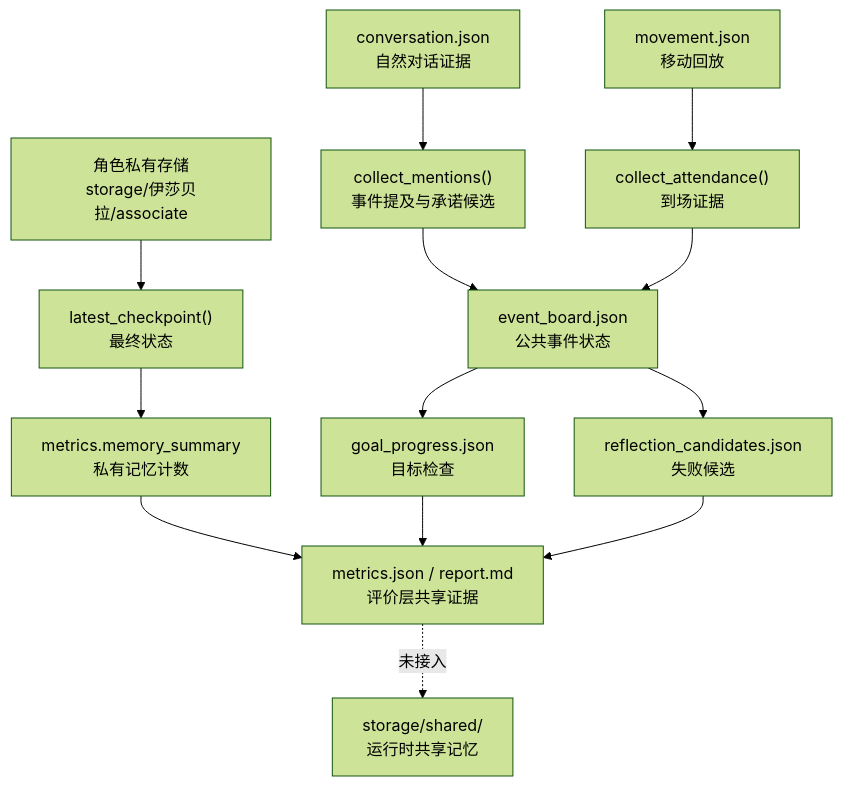
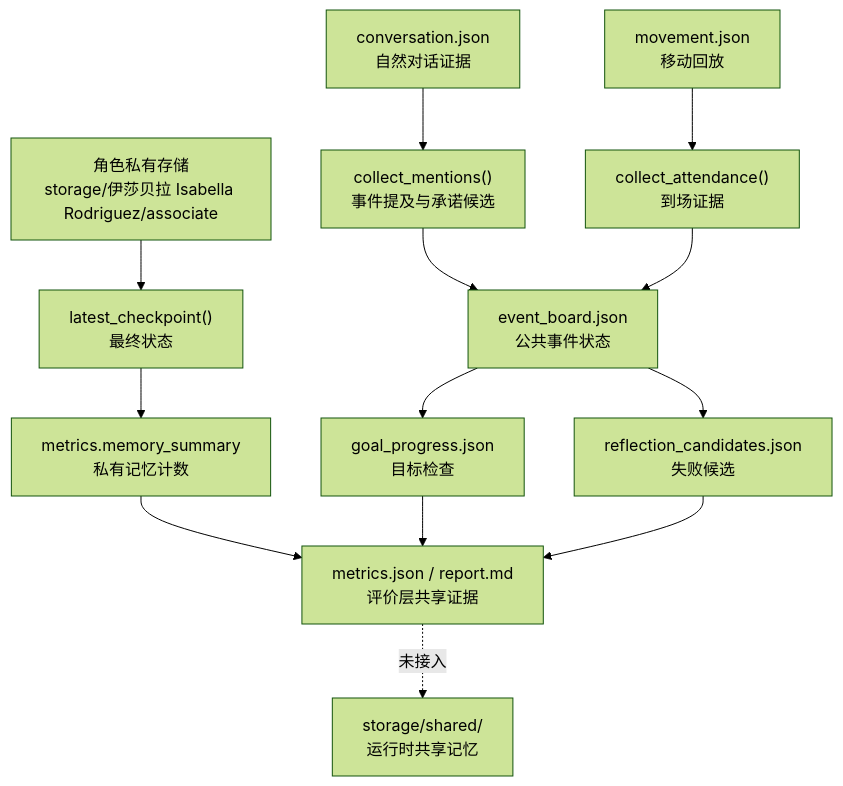
One commit to tbkken/GenerativeAgentsCN changed the sixth of 10 diagrams in docs/book/manuscript/part_05/chapter_35.md. Above: the diagram before and after it, drawn with Mermaid (forest theme). The commit also changed other lines of this file and 51 other files, not shown here.

````diff
--- a/docs/book/manuscript/part_05/chapter_35.md
+++ b/docs/book/manuscript/part_05/chapter_35.md
@@ -519,15 +519,15 @@
 ```mermaid
 flowchart TD
-    A["角色私有存储<br/>storage/伊莎贝拉/associate"] --> D["latest_checkpoint()<br/>最终状态"]
+    A["角色私有存储<br/>storage/伊莎贝拉 Isabella Rodriguez/associate"] --> D["latest_checkpoint()<br/>最终状态"]
     B["conversation.json<br/>自然对话证据"] --> E["collect_mentions()<br/>事件提及与承诺候选"]
     C["movement.json<br/>移动回放"] --> F["collect_attendance()<br/>到场证据"]
     D --> G["metrics.memory_summary<br/>私有记忆计数"]
     E --> H["event_board.json<br/>公共事件状态"]
     F --> H
     H --> I["goal_progress.json<br/>目标检查"]
     H --> J["reflection_candidates.json<br/>失败候选"]
     G --> K["metrics.json / report.md<br/>评价层共享证据"]
     I --> K
     J --> K
     K -. 未接入 .-> L["storage/shared/<event_id><br/>运行时共享记忆"]
 ```
````
